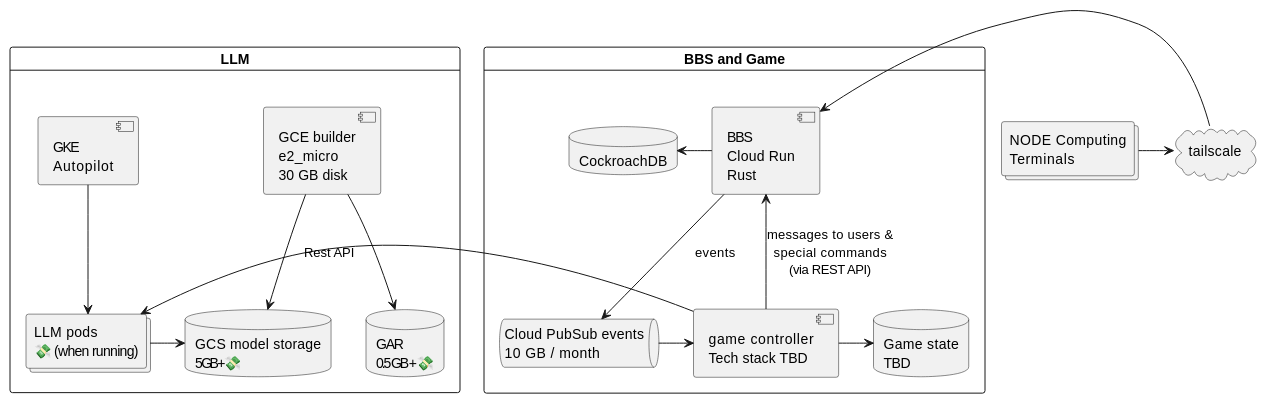
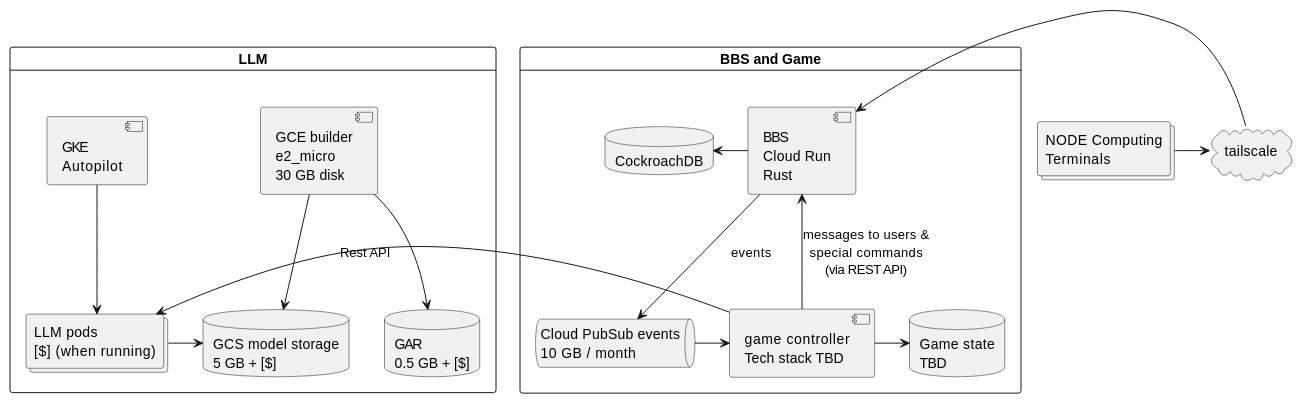
The diagram in infra/README.md (scjody/node), drawn with PlantUML before and after one commit.

Commit message:
Replace emoji in PlantUML (doesn't work in GitLab 😿)

````diff
--- a/infra/README.md
+++ b/infra/README.md
@@ -6,78 +6,78 @@
 ```plantuml
 card LLM {
   component gce [
     GCE builder
     e2_micro
     30 GB disk
   ]
 
   database gar [
     GAR
-    0.5 GB + 💸
+    0.5 GB + [$]
   ]
 
   component gke [
     GKE
     Autopilot
   ]
 
   collections llm [
     LLM pods
-    💸 (when running)
+    [$] (when running)
   ]
 
   database gcs [
     GCS model storage
-    5 GB + 💸
+    5 GB + [$]
   ]
 }
 
 gke -d-> llm
 gce -d-> gar
 gce -d-> gcs
 llm -r-> gcs
 
 card "BBS and Game" {
   component bbs [
     BBS
     Cloud Run
     Rust
   ]
 
   database cockroach [
     CockroachDB
   ]
 
   component game [
     game controller
     Tech stack TBD
   ]
 
   database tbd [
     Game state
     TBD
   ]
 
   queue events [
     Cloud PubSub events
     10 GB / month
   ]
 }
 
 bbs -l-> cockroach
 bbs -d-> events : events
 events -> game
 game -> bbs : "messages to users &\nspecial commands\n(via REST API)"
 game -> llm : "Rest API"
 game -> tbd
 
 cloud tailscale
 
 collections terminals [
   NODE Computing
   Terminals
 ]
 
 terminals -> tailscale
 tailscale -l-> bbs
 ```
````
